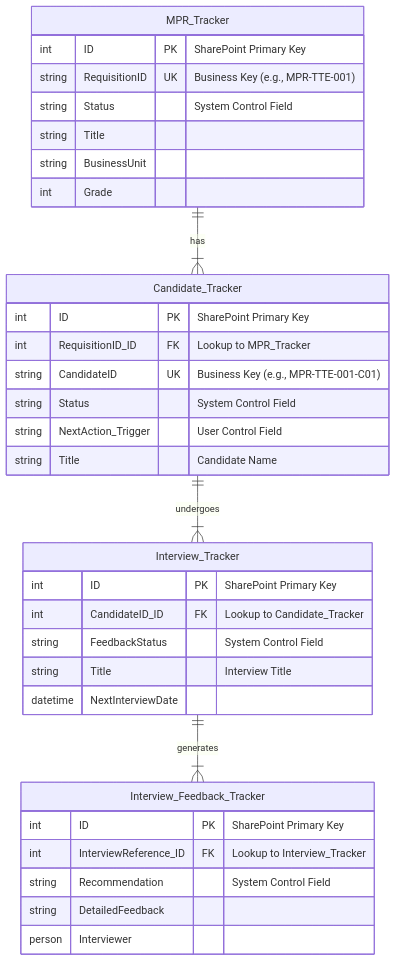
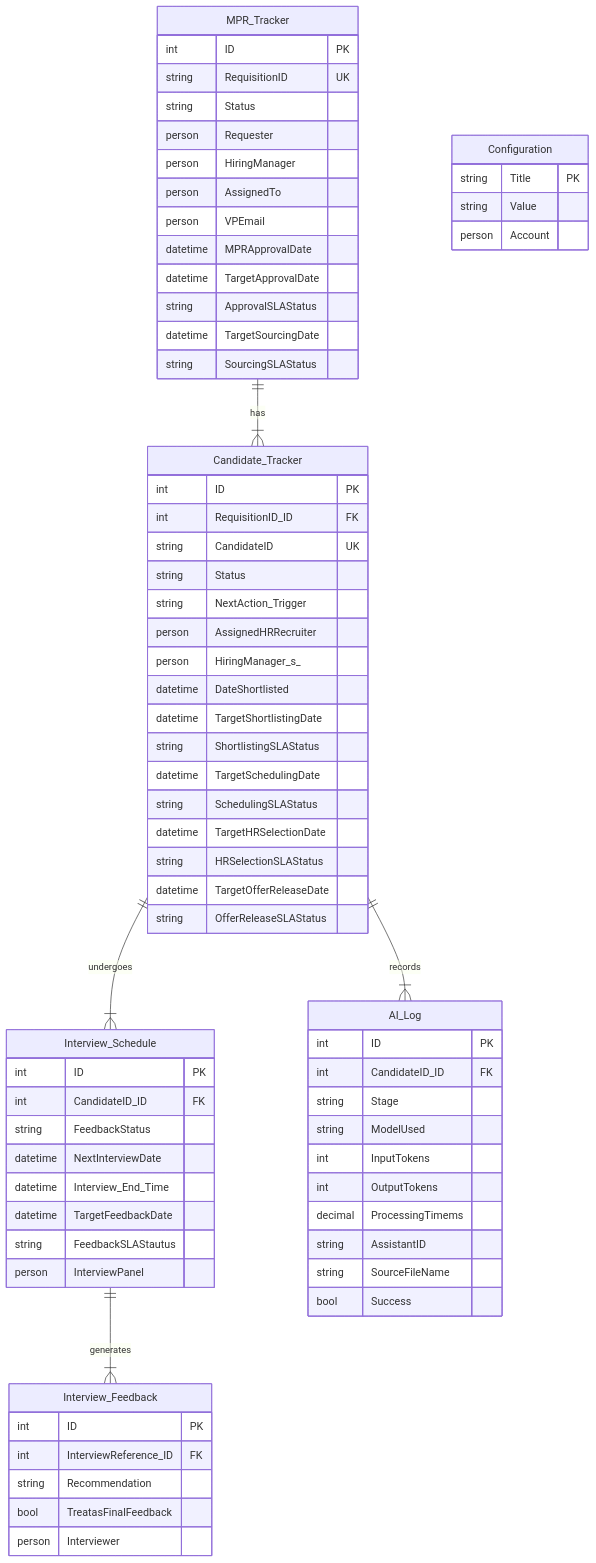
The first of 2 diagrams in docs/02-Solution-Architecture.md (ahuraira/integrated-hr-recruitment-tracker), drawn with Mermaid before and after one commit. The commit also changed other lines of this file and 8 other files, not shown here.

````diff
--- a/docs/02-Solution-Architecture.md
+++ b/docs/02-Solution-Architecture.md
@@ -38,37 +35,75 @@
 ```mermaid
 erDiagram
     MPR_Tracker ||--|{ Candidate_Tracker : "has"
-    Candidate_Tracker ||--|{ Interview_Tracker : "undergoes"
-    Interview_Tracker ||--|{ Interview_Feedback_Tracker : "generates"
+    Candidate_Tracker ||--|{ Interview_Schedule : "undergoes"
+    Candidate_Tracker ||--|{ AI_Log : "records"
+    Interview_Schedule ||--|{ Interview_Feedback : "generates"
+    Configuration {}
 
     MPR_Tracker {
-        int ID PK "SharePoint Primary Key"
-        string RequisitionID UK "Business Key (e.g., MPR-TTE-001)"
-        string Status "System Control Field"
-        string Title
-        string BusinessUnit
-        int Grade
+        int ID PK
+        string RequisitionID UK
+        string Status
+        person Requester
+        person HiringManager
+        person AssignedTo
+        person VPEmail
+        datetime MPRApprovalDate
+        datetime TargetApprovalDate
+        string ApprovalSLAStatus
+        datetime TargetSourcingDate
+        string SourcingSLAStatus
     }
     Candidate_Tracker {
-        int ID PK "SharePoint Primary Key"
-        int RequisitionID_ID FK "Lookup to MPR_Tracker"
-        string CandidateID UK "Business Key (e.g., MPR-TTE-001-C01)"
-        string Status "System Control Field"
-        string NextAction_Trigger "User Control Field"
-        string Title "Candidate Name"
+        int ID PK
+        int RequisitionID_ID FK
+        string CandidateID UK
+        string Status
+        string NextAction_Trigger
+        person AssignedHRRecruiter
+        person HiringManager_s_
+        datetime DateShortlisted
+        datetime TargetShortlistingDate
+        string ShortlistingSLAStatus
+        datetime TargetSchedulingDate
+        string SchedulingSLAStatus
+        datetime TargetHRSelectionDate
+        string HRSelectionSLAStatus
+        datetime TargetOfferReleaseDate
+        string OfferReleaseSLAStatus
     }
-    Interview_Tracker {
-        int ID PK "SharePoint Primary Key"
-        int CandidateID_ID FK "Lookup to Candidate_Tracker"
-        string FeedbackStatus "System Control Field"
-        string Title "Interview Title"
+    AI_Log {
+        int ID PK
+        int CandidateID_ID FK
+        string Stage
+        string ModelUsed
+        int InputTokens
+        int OutputTokens
+        decimal ProcessingTimems
+        string AssistantID
+        string SourceFileName
+        bool Success
+    }
+    Interview_Schedule {
+        int ID PK
+        int CandidateID_ID FK
+        string FeedbackStatus
         datetime NextInterviewDate
+        datetime Interview_End_Time
+        datetime TargetFeedbackDate
+        string FeedbackSLAStautus
+        person InterviewPanel
     }
-    Interview_Feedback_Tracker {
-        int ID PK "SharePoint Primary Key"
-        int InterviewReference_ID FK "Lookup to Interview_Tracker"
-        string Recommendation "System Control Field"
-        string DetailedFeedback
+    Interview_Feedback {
+        int ID PK
+        int InterviewReference_ID FK
+        string Recommendation
+        bool TreatasFinalFeedback
         person Interviewer
     }
+    Configuration {
+        string Title PK
+        string Value
+        person Account
+    }
 ```
````
